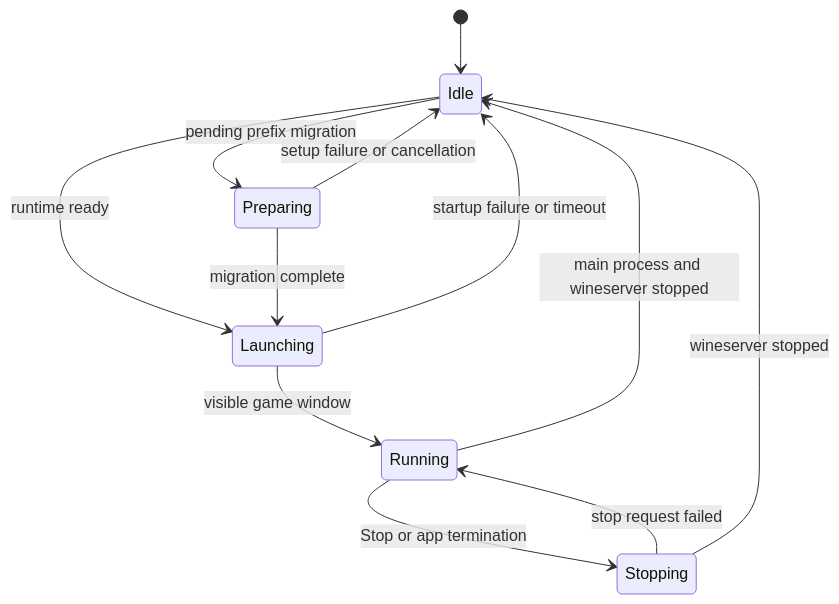
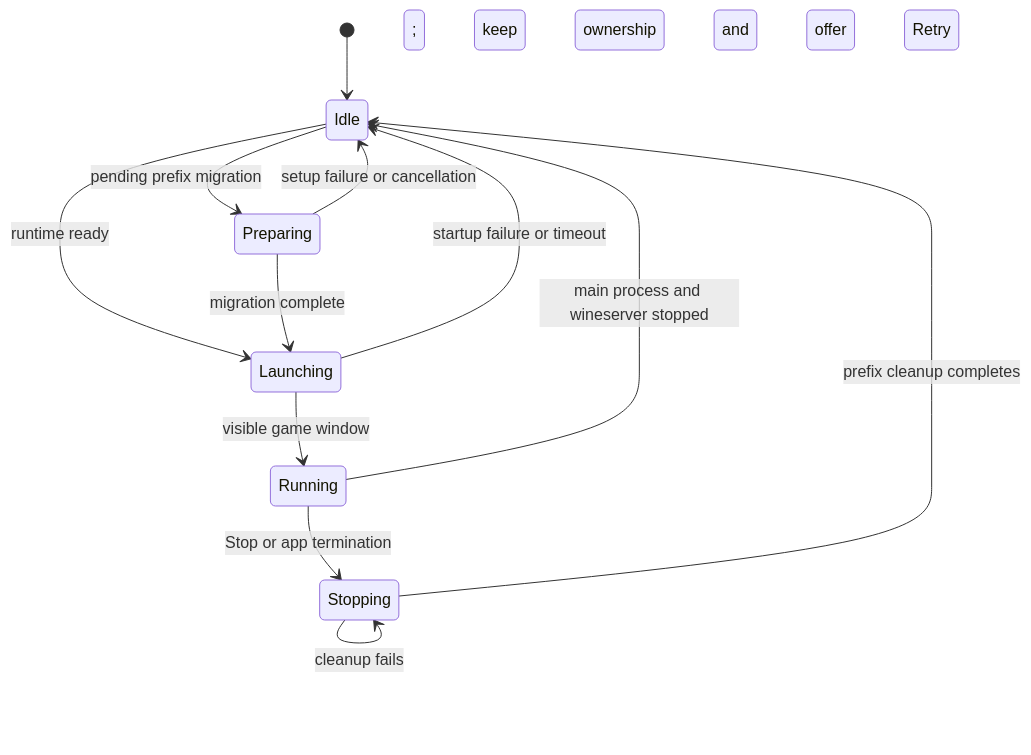
One commit to LuMiSxh/Arknights-MacOS-Client changed the third of 4 diagrams in docs/development/architecture/launch-and-process-lifecycle.md. Above: the diagram before and after it, drawn with Mermaid. The commit also changed other lines of this file and 229 other files, not shown here.

````diff
--- a/docs/development/architecture/launch-and-process-lifecycle.md
+++ b/docs/development/architecture/launch-and-process-lifecycle.md
@@ -140,14 +142,14 @@
 ```mermaid
 stateDiagram-v2
 	[*] --> Idle
 	Idle --> Preparing: pending prefix migration
 	Idle --> Launching: runtime ready
 	Preparing --> Launching: migration complete
 	Preparing --> Idle: setup failure or cancellation
 	Launching --> Running: visible game window
 	Launching --> Idle: startup failure or timeout
 	Running --> Stopping: Stop or app termination
 	Running --> Idle: main process and wineserver stopped
-	Stopping --> Running: stop request failed
-	Stopping --> Idle: wineserver stopped
+	Stopping --> Stopping: cleanup fails; keep ownership and offer Retry
+	Stopping --> Idle: prefix cleanup completes
 ```
````
